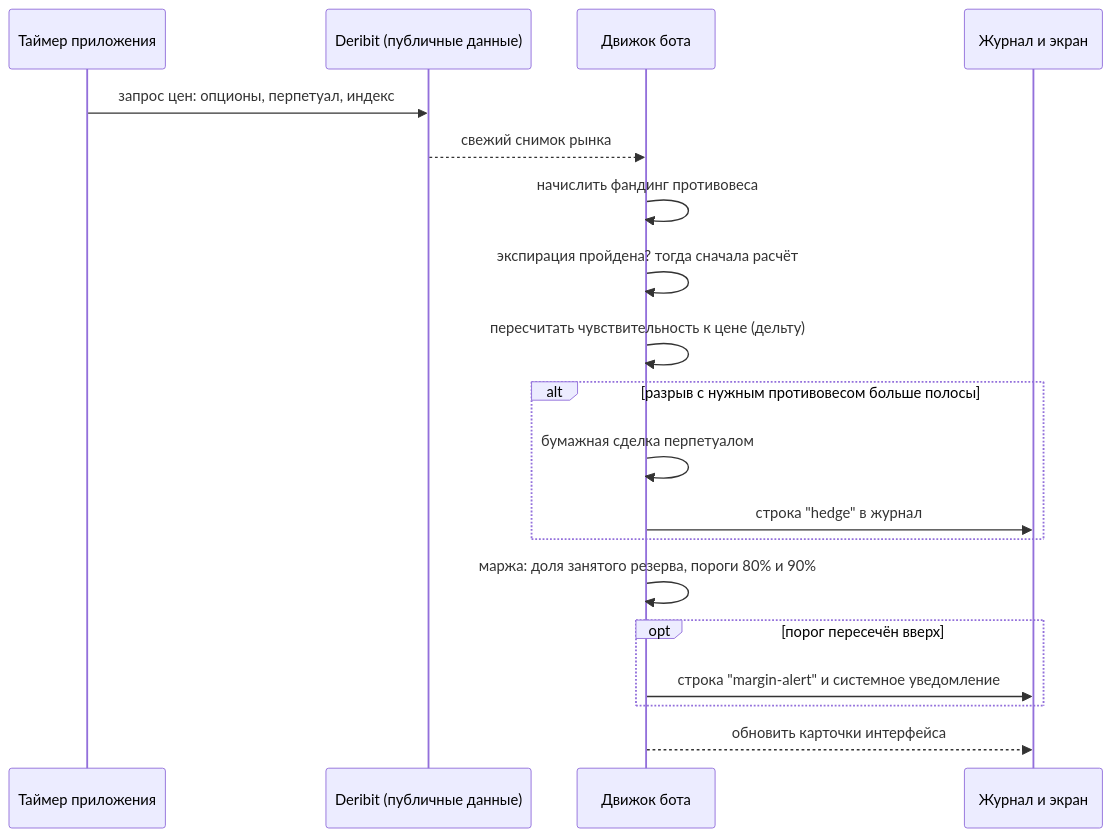
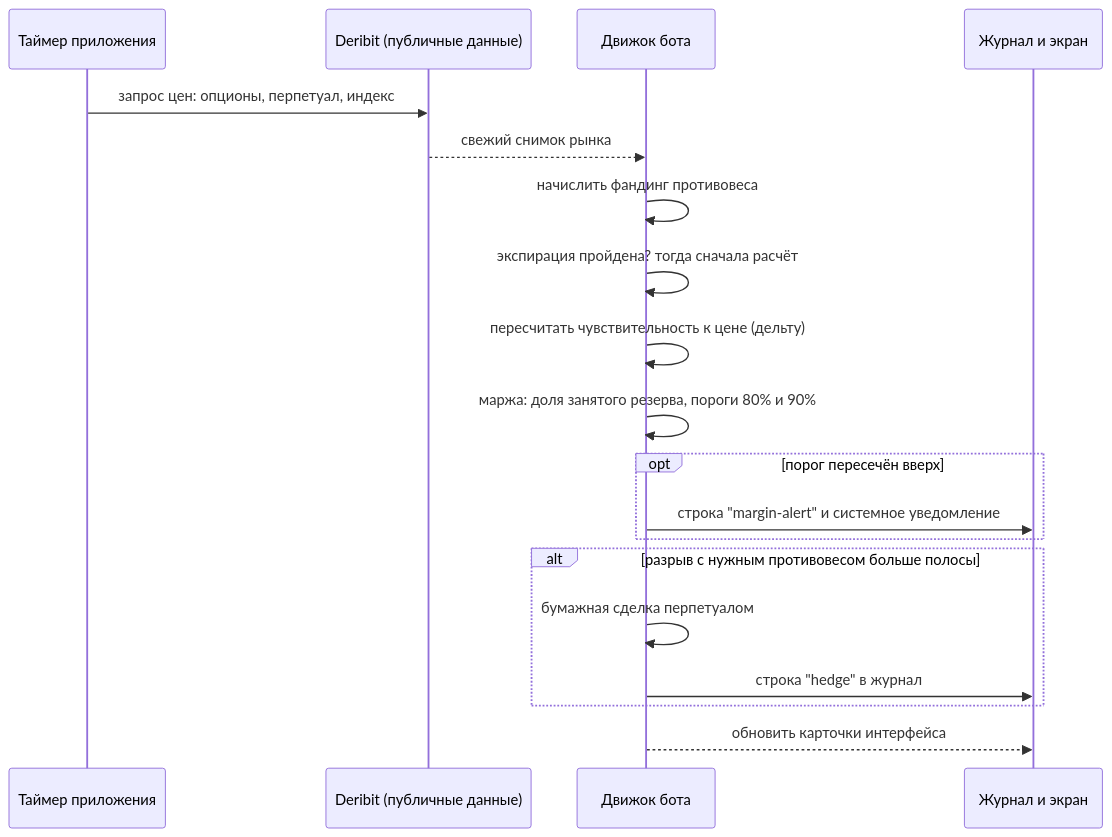
Before and after one commit to hamiltonalex/botLab: the second of 6 diagrams in botLab-desktop/docs/bot2-btc-options-how-it-works.ru.md, drawn with Mermaid. The commit also changed other lines of this file and 1 other file, not shown here.

````diff
--- a/botLab-desktop/docs/bot2-btc-options-how-it-works.ru.md
+++ b/botLab-desktop/docs/bot2-btc-options-how-it-works.ru.md
@@ -75,21 +75,21 @@
 ```mermaid
 sequenceDiagram
     participant T as Таймер приложения
     participant D as Deribit (публичные данные)
     participant E as Движок бота
     participant J as Журнал и экран
     T->>D: запрос цен: опционы, перпетуал, индекс
     D-->>E: свежий снимок рынка
     E->>E: начислить фандинг противовеса
     E->>E: экспирация пройдена? тогда сначала расчёт
     E->>E: пересчитать чувствительность к цене (дельту)
+    E->>E: маржа: доля занятого резерва, пороги 80% и 90%
+    opt порог пересечён вверх
+        E->>J: строка "margin-alert" и системное уведомление
+    end
     alt разрыв с нужным противовесом больше полосы
         E->>E: бумажная сделка перпетуалом
         E->>J: строка "hedge" в журнал
     end
-    E->>E: маржа: доля занятого резерва, пороги 80% и 90%
-    opt порог пересечён вверх
-        E->>J: строка "margin-alert" и системное уведомление
-    end
     E-->>J: обновить карточки интерфейса
 ```
````
